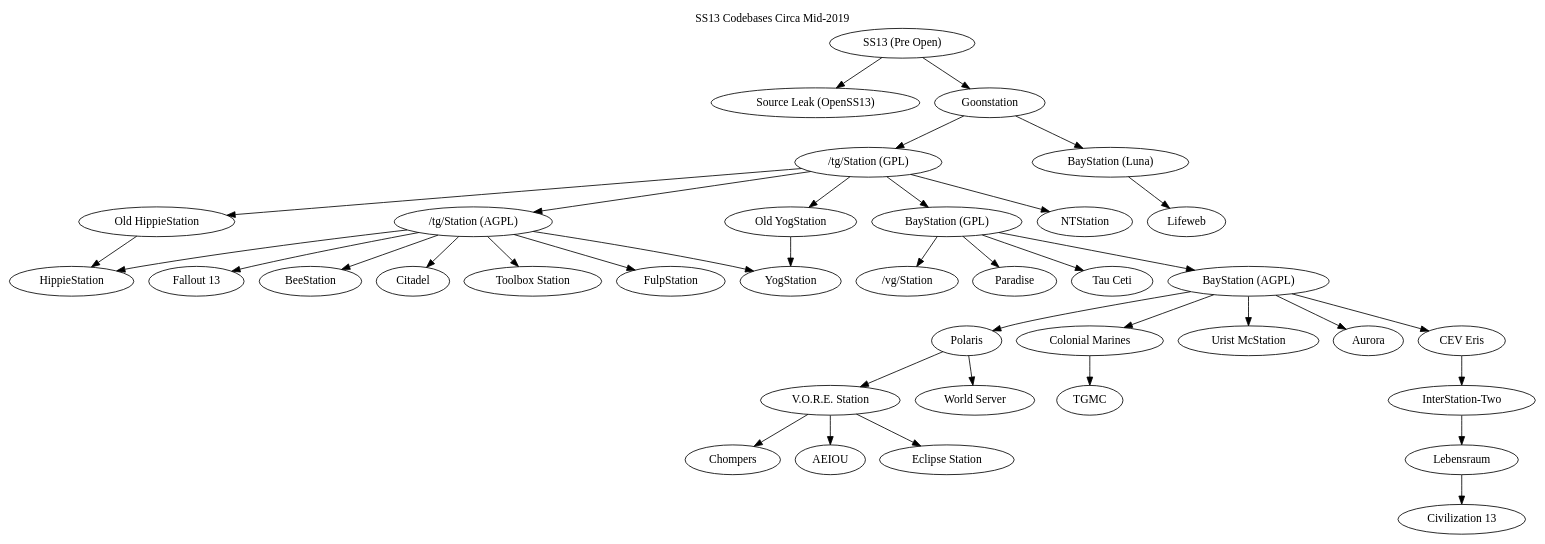
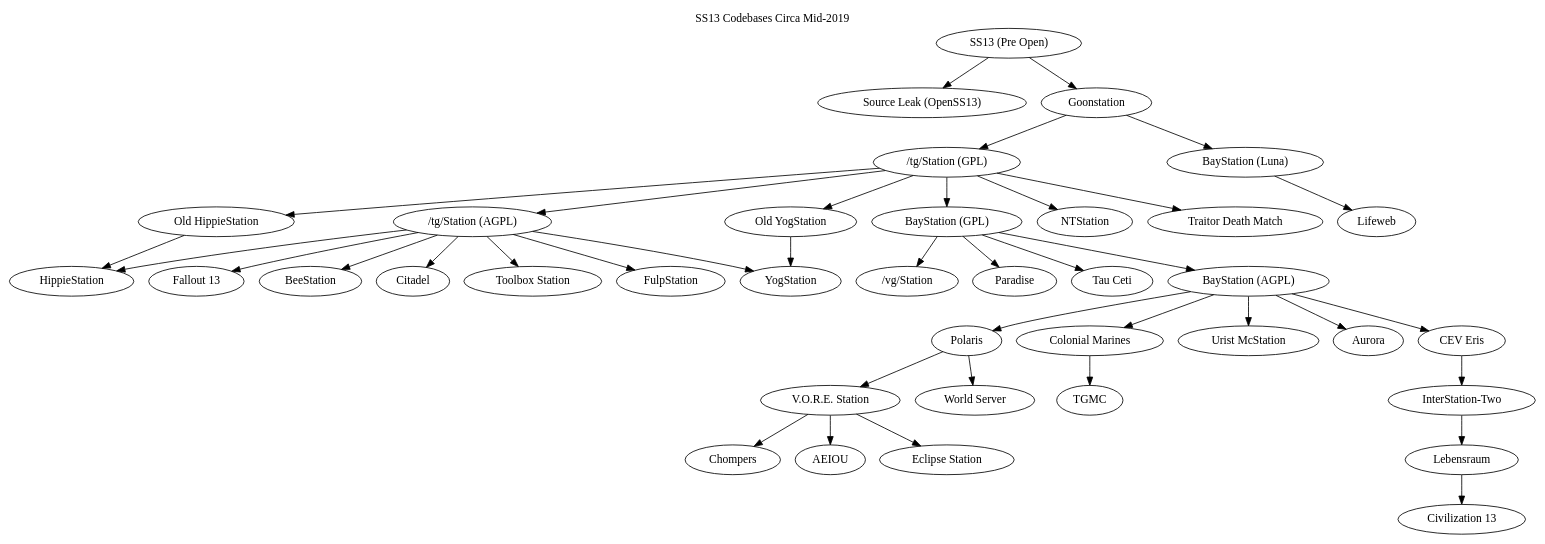
One commit to spacestation13/SS13-Codebases changed the diagram in tree.dot. Above: the diagram before and after it, drawn with Graphviz.

```diff
--- a/tree.dot
+++ b/tree.dot
@@ -1,41 +1,42 @@
 digraph  G {
 	label = "SS13 Codebases Circa Mid-2019"
 	labelloc="t"
 	"SS13 (Pre Open)" -> "Source Leak (OpenSS13)"
 	"SS13 (Pre Open)" -> "Goonstation"
 	"Goonstation" -> "/tg/Station (GPL)"
 	"Goonstation" -> "BayStation (Luna)"
 	"BayStation (Luna)" -> "Lifeweb" 
 	"/tg/Station (GPL)" -> "/tg/Station (AGPL)"
 	"/tg/Station (GPL)" -> "BayStation (GPL)" 
 	"/tg/Station (GPL)" -> "Old HippieStation"
 	"/tg/Station (GPL)" -> "Old YogStation"
 	"/tg/Station (GPL)" -> "NTStation"
+	"/tg/Station (GPL)" -> "Traitor Death Match"
 	"Old YogStation" -> "YogStation"
 	"Old HippieStation" -> "HippieStation"
 	"/tg/Station (AGPL)" -> "YogStation"
 	"/tg/Station (AGPL)" -> "Fallout 13"
 	"/tg/Station (AGPL)" -> "BeeStation"
 	"/tg/Station (AGPL)" -> "HippieStation"
 	"/tg/Station (AGPL)" -> "Citadel"
 	"/tg/Station (AGPL)" -> "Toolbox Station"
 	"/tg/Station (AGPL)" -> "FulpStation"
 	"BayStation (GPL)" -> "/vg/Station"
 	"BayStation (GPL)" -> "Paradise"
 	"BayStation (GPL)" -> "Tau Ceti"
 	"BayStation (GPL)" -> "BayStation (AGPL)"
 	"BayStation (AGPL)" -> "Polaris"
 	"BayStation (AGPL)" -> "Colonial Marines"
 	"BayStation (AGPL)" -> "Urist McStation"
 	"BayStation (AGPL)" -> "Aurora"
 	"BayStation (AGPL)" -> "CEV Eris"
 	"CEV Eris" -> "InterStation-Two"
 	"InterStation-Two" -> "Lebensraum"
 	"Lebensraum" -> "Civilization 13"
 	"Colonial Marines" -> "TGMC"
 	"Polaris" -> "V.O.R.E. Station"
 	"Polaris" -> "World Server"
 	"V.O.R.E. Station" -> "Chompers"
 	"V.O.R.E. Station" -> "AEIOU"
 	"V.O.R.E. Station" -> "Eclipse Station" 
 }
```
